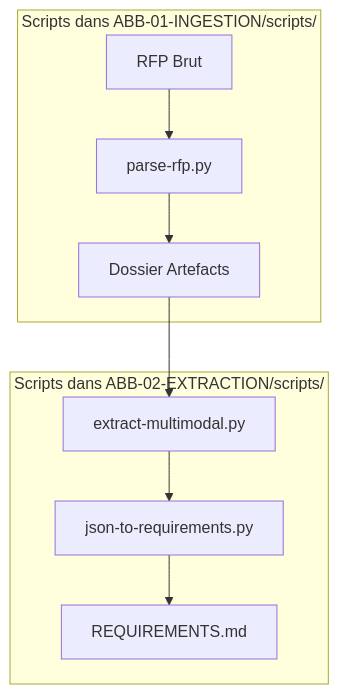
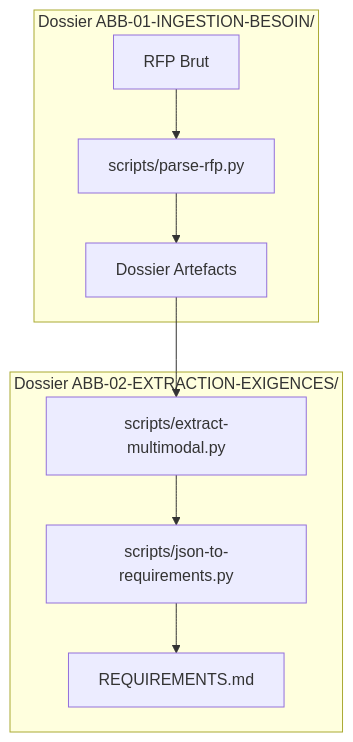
Before and after one commit to RodMan121/i-ingestion_lecture_rfp: the diagram in 00-GOUVERNANCE/LLM_MASTER_KNOWLEDGE.md, drawn with Mermaid. The commit also changed other lines of this file and 9 other files, not shown here.

Commit message:
refactor: finalize folder structure with full ABB labels for scripts and templates

````diff
--- a/00-GOUVERNANCE/LLM_MASTER_KNOWLEDGE.md
+++ b/00-GOUVERNANCE/LLM_MASTER_KNOWLEDGE.md
@@ -13,13 +13,13 @@
 ```mermaid
 graph TD
-    subgraph ABB-01 : INGESTION [Scripts dans ABB-01-INGESTION/scripts/]
-        RAW[RFP Brut] --> P1[parse-rfp.py]
+    subgraph ABB-01 : INGESTION DU BESOIN [Dossier ABB-01-INGESTION-BESOIN/]
+        RAW[RFP Brut] --> P1[scripts/parse-rfp.py]
         P1 --> ARTEFACTS[Dossier Artefacts]
     end
     
-    subgraph ABB-02 : EXTRACTION [Scripts dans ABB-02-EXTRACTION/scripts/]
-        ARTEFACTS --> P2[extract-multimodal.py]
-        P2 --> P3[json-to-requirements.py]
+    subgraph ABB-02 : EXTRACTION DES EXIGENCES [Dossier ABB-02-EXTRACTION-EXIGENCES/]
+        ARTEFACTS --> P2[scripts/extract-multimodal.py]
+        P2 --> P3[scripts/json-to-requirements.py]
         P3 --> REQ[REQUIREMENTS.md]
     end
 ```
````
